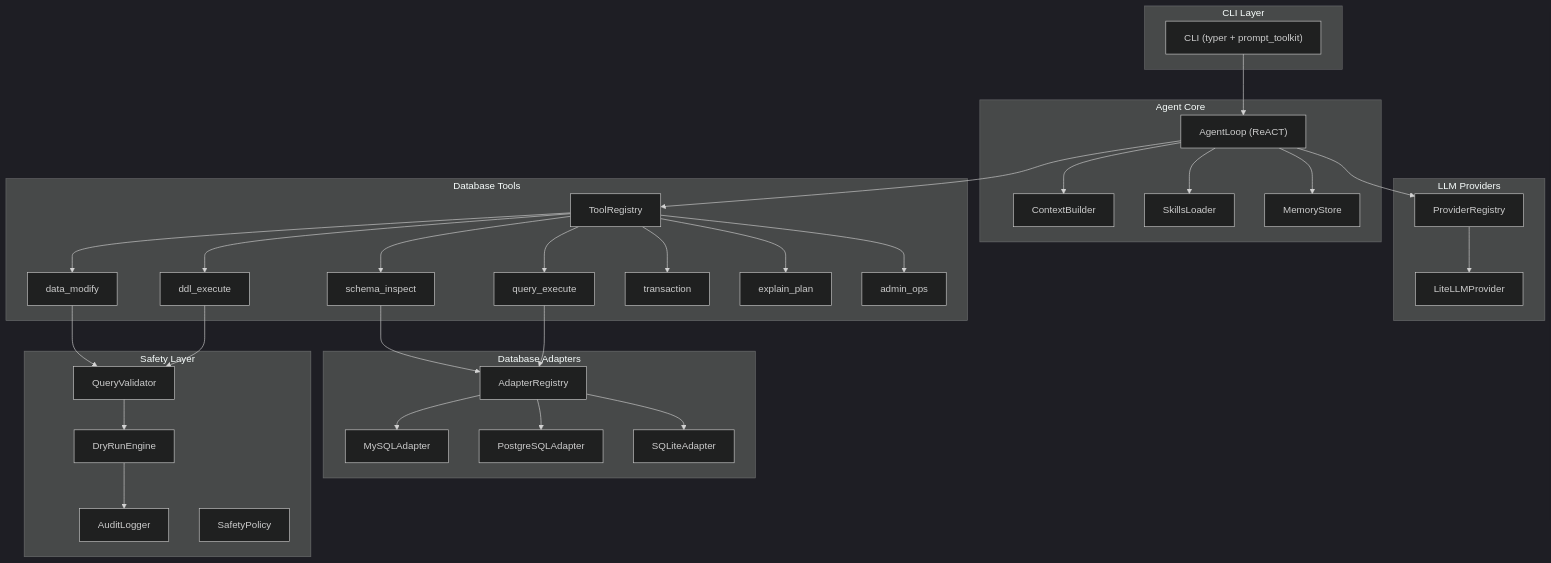
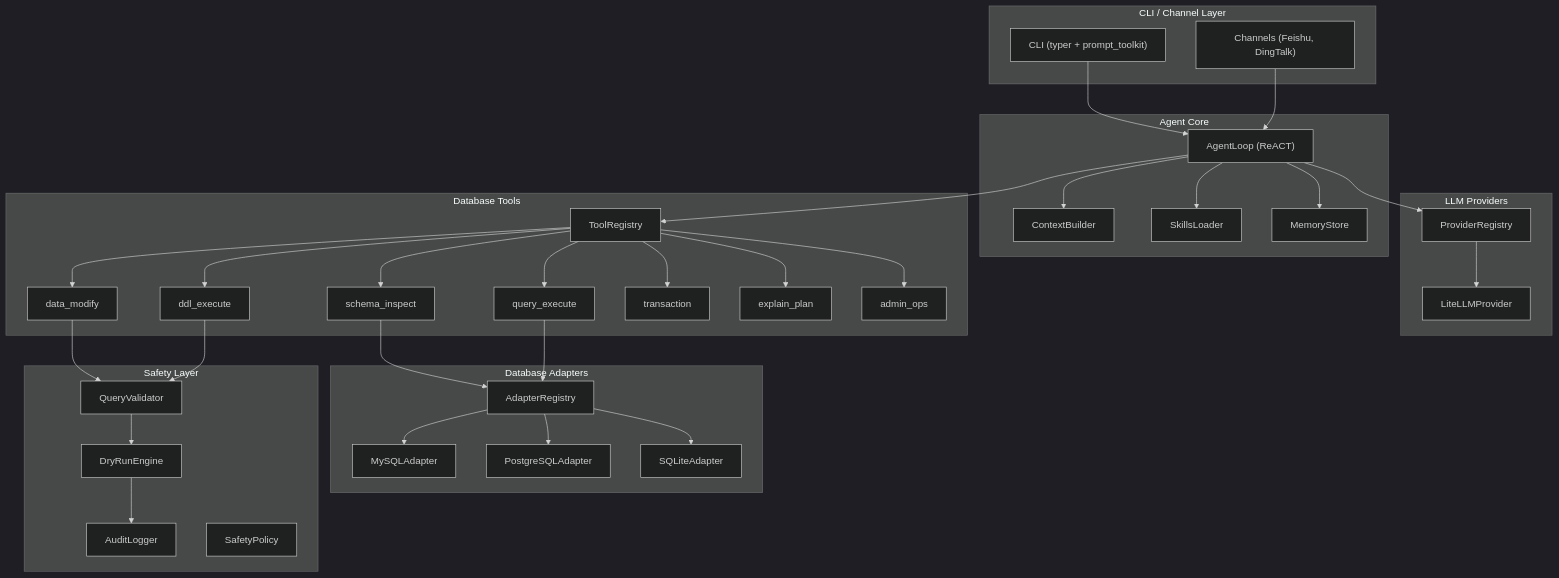
The diagram in docs/PLAN_ARCHITECTURE.md (queryclaw/queryclaw), drawn with Mermaid (dark theme) before and after one commit. The commit also changed other lines of this file and 5 other files, not shown here.

First line of the commit message:
docs: split Phase 4+ into Phase 5 and Phase 5+, update roadmap and skills

````diff
--- a/docs/PLAN_ARCHITECTURE.md
+++ b/docs/PLAN_ARCHITECTURE.md
@@ -15,67 +15,69 @@
 ```mermaid
 graph TB
-    subgraph cli [CLI Layer]
+    subgraph cli [CLI / Channel Layer]
         UserCLI["CLI (typer + prompt_toolkit)"]
+        Channels["Channels (Feishu, DingTalk)"]
     end
 
     subgraph core [Agent Core]
         AgentLoop["AgentLoop (ReACT)"]
         Context["ContextBuilder"]
         Skills["SkillsLoader"]
         Memory["MemoryStore"]
     end
 
     subgraph providers [LLM Providers]
         Registry["ProviderRegistry"]
         LiteLLM["LiteLLMProvider"]
     end
 
     subgraph tools [Database Tools]
         ToolReg["ToolRegistry"]
         SchemaInspect["schema_inspect"]
         QueryExec["query_execute"]
         DataModify["data_modify"]
         DDLOps["ddl_execute"]
         TxnMgmt["transaction"]
         ExplainPlan["explain_plan"]
         AdminOps["admin_ops"]
     end
 
     subgraph db [Database Adapters]
         DBRegistry["AdapterRegistry"]
         MySQL["MySQLAdapter"]
         PostgreSQL["PostgreSQLAdapter"]
         SQLite["SQLiteAdapter"]
     end
 
     subgraph safety [Safety Layer]
         Validator["QueryValidator"]
         DryRun["DryRunEngine"]
         AuditLog["AuditLogger"]
         Sandbox["SafetyPolicy"]
     end
 
     UserCLI --> AgentLoop
+    Channels --> AgentLoop
     AgentLoop --> Context
     AgentLoop --> Skills
     AgentLoop --> Memory
     AgentLoop --> Registry
     Registry --> LiteLLM
     AgentLoop --> ToolReg
     ToolReg --> SchemaInspect
     ToolReg --> QueryExec
     ToolReg --> DataModify
     ToolReg --> DDLOps
     ToolReg --> TxnMgmt
     ToolReg --> ExplainPlan
     ToolReg --> AdminOps
     SchemaInspect --> DBRegistry
     QueryExec --> DBRegistry
     DataModify --> Validator
     DDLOps --> Validator
     Validator --> DryRun
     DryRun --> AuditLog
     DBRegistry --> MySQL
     DBRegistry --> PostgreSQL
     DBRegistry --> SQLite
 ```
````
